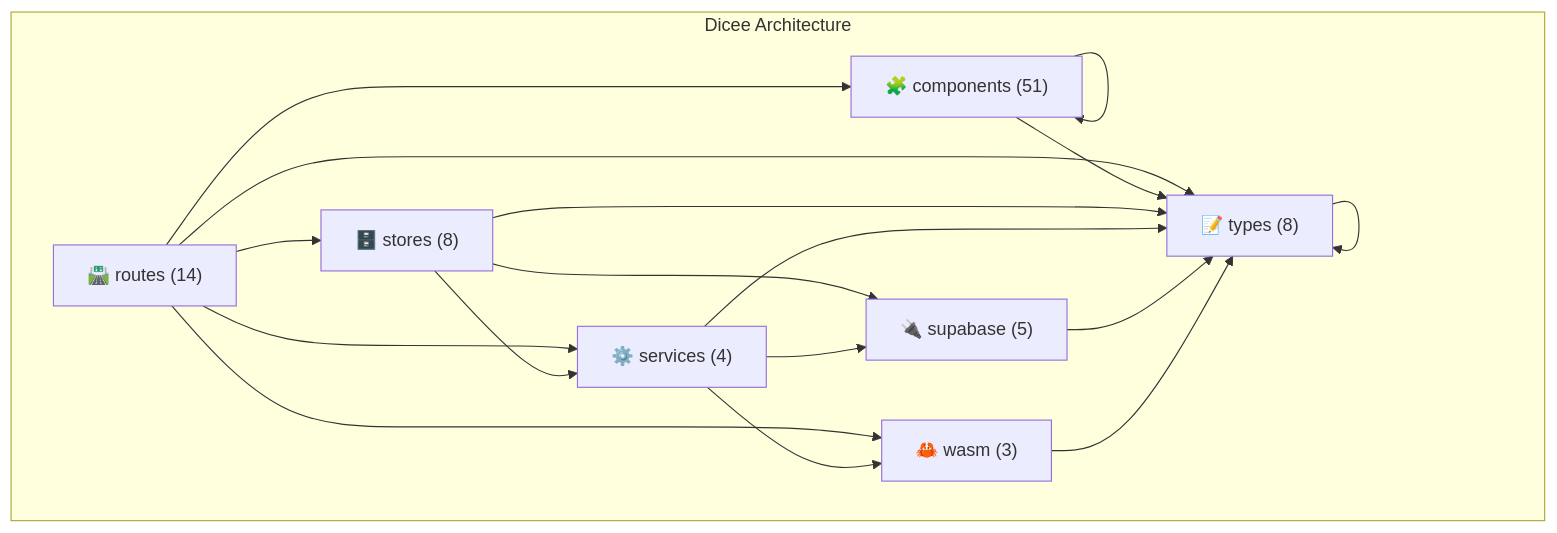
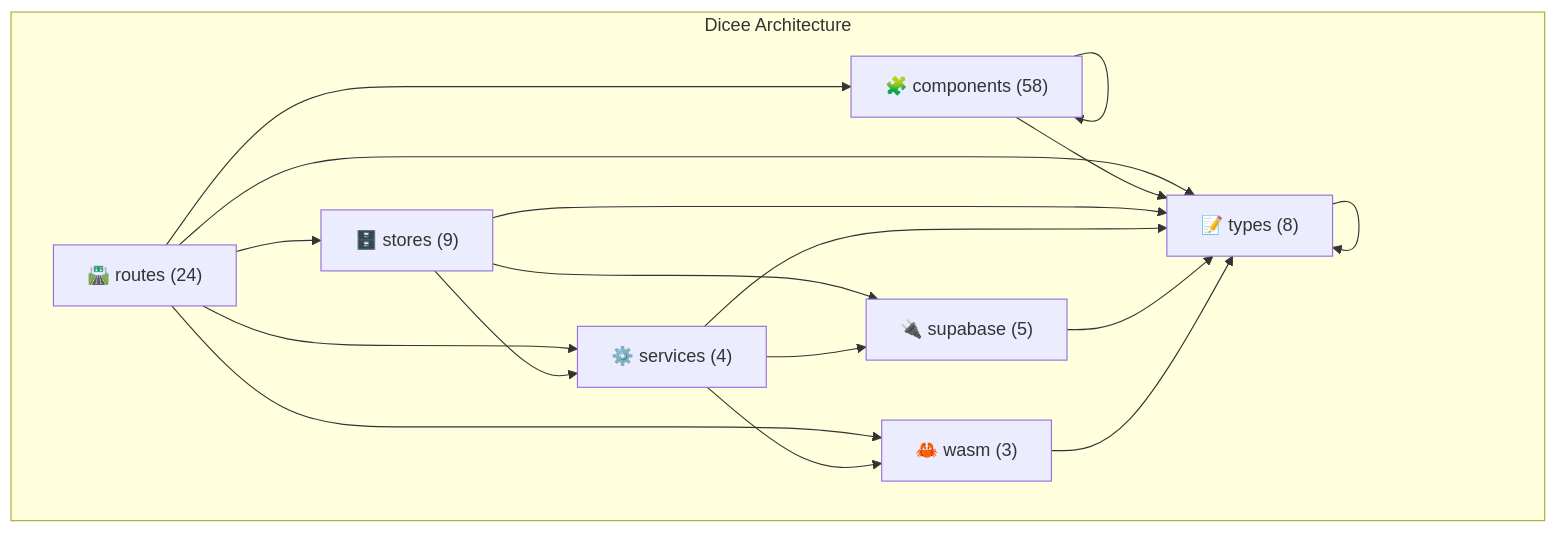
One commit to verlyn13/dicee changed the diagram in docs/architecture/akg/diagrams/LAYER_ARCHITECTURE.md. Above: the diagram before and after it, drawn with Mermaid. The commit also changed other lines of this file and 35 other files, not shown here.

````diff
--- a/docs/architecture/akg/diagrams/LAYER_ARCHITECTURE.md
+++ b/docs/architecture/akg/diagrams/LAYER_ARCHITECTURE.md
@@ -16,29 +16,29 @@
 ```mermaid
 flowchart TB
     subgraph "Dicee Architecture"
-        routes["🛣️ routes (14)"]
-        components["🧩 components (51)"]
-        stores["🗄️ stores (8)"]
+        routes["🛣️ routes (24)"]
+        components["🧩 components (58)"]
+        stores["🗄️ stores (9)"]
         services["⚙️ services (4)"]
         types["📝 types (8)"]
         supabase["🔌 supabase (5)"]
         wasm["🦀 wasm (3)"]
     end
 
     routes --> components
     routes --> stores
     routes --> services
     routes --> types
     routes --> wasm
     components --> components
     components --> types
     stores --> services
     stores --> types
     stores --> supabase
     services --> types
     services --> supabase
     services --> wasm
     types --> types
     supabase --> types
     wasm --> types
 ```
````
